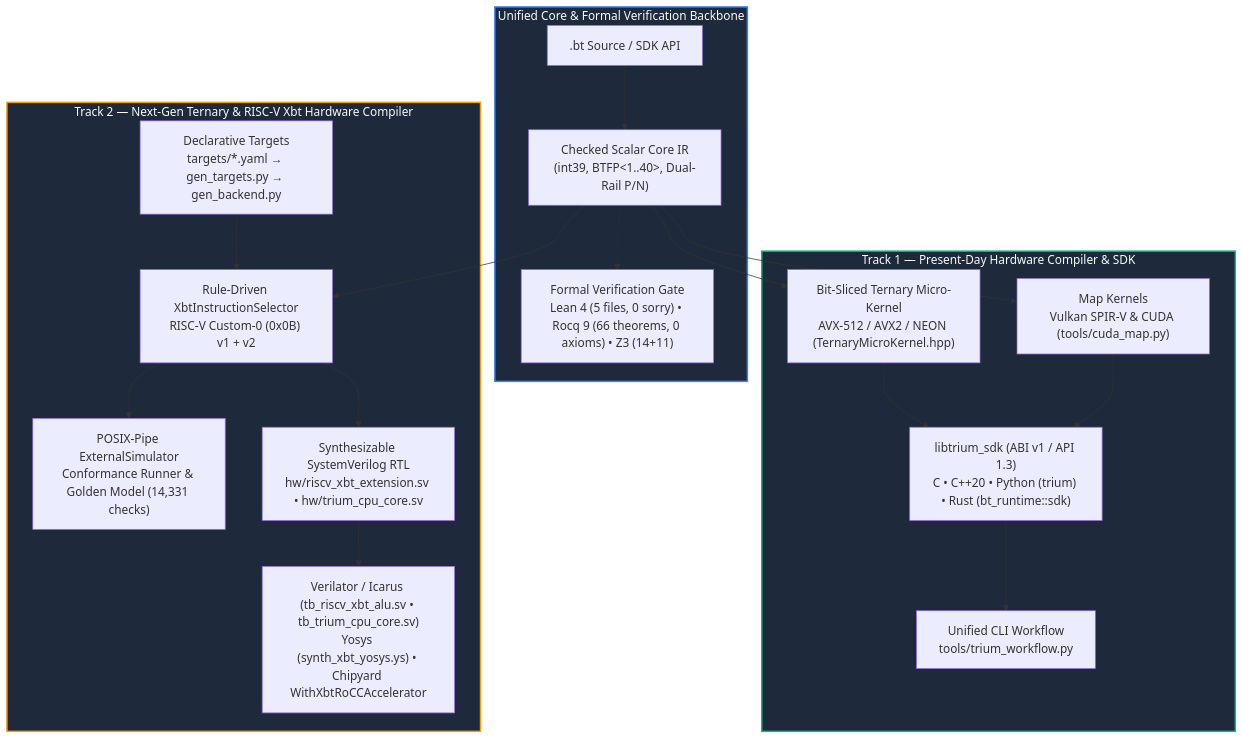
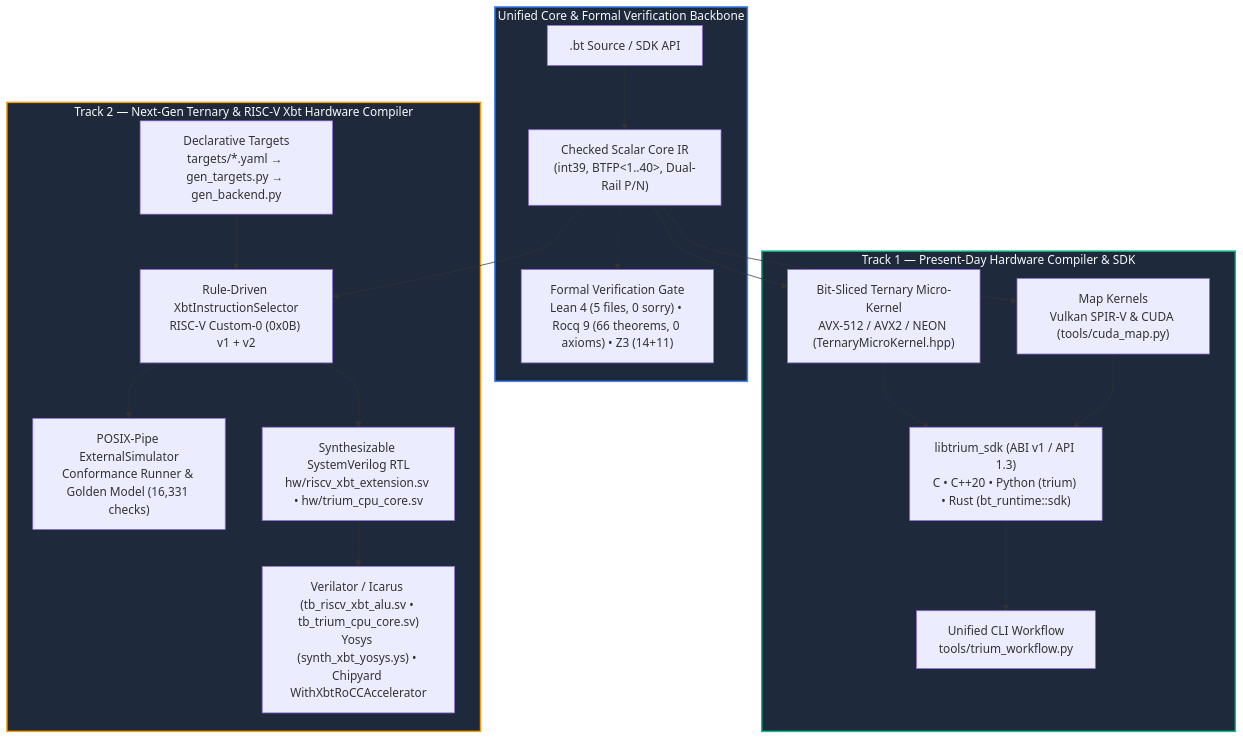
Before and after one commit to Ojas-Arya-OPEN-FOUNDATION/Trium-XBT-compiler: the diagram in README.md, drawn with Mermaid. The commit also changed other lines of this file and 2 other files, not shown here.

First line of the commit message:
fix(docs,hw): sync 16,331 golden checks in README and tighten FPGA LUT parser

````diff
--- a/README.md
+++ b/README.md
@@ -38,27 +38,27 @@
 ```mermaid
 flowchart TD
     subgraph Shared ["Unified Core & Formal Verification Backbone"]
         SRC[".bt Source / SDK API"] --> IR["Checked Scalar Core IR\n(int39, BTFP<1..40>, Dual-Rail P/N)"]
         IR -.-> PROOFS["Formal Verification Gate\nLean 4 (5 files, 0 sorry) • Rocq 9 (66 theorems, 0 axioms) • Z3 (14+11)"]
     end
 
     subgraph Track1 ["Track 1 — Present-Day Hardware Compiler & SDK"]
         IR --> GEMM["Bit-Sliced Ternary Micro-Kernel\nAVX-512 / AVX2 / NEON (TernaryMicroKernel.hpp)"]
         IR --> GPU["Map Kernels\nVulkan SPIR-V & CUDA (tools/cuda_map.py)"]
         GEMM --> SDK["libtrium_sdk (ABI v1 / API 1.3)\nC • C++20 • Python (trium) • Rust (bt_runtime::sdk)"]
         GPU --> SDK
         SDK --> WF["Unified CLI Workflow\ntools/trium_workflow.py"]
     end
 
     subgraph Track2 ["Track 2 — Next-Gen Ternary & RISC-V Xbt Hardware Compiler"]
         YAML["Declarative Targets\ntargets/*.yaml → gen_targets.py → gen_backend.py"] --> ISEL["Rule-Driven XbtInstructionSelector\nRISC-V Custom-0 (0x0B) v1 + v2"]
         IR --> ISEL
-        ISEL --> SIM["POSIX-Pipe ExternalSimulator\nConformance Runner & Golden Model (14,331 checks)"]
+        ISEL --> SIM["POSIX-Pipe ExternalSimulator\nConformance Runner & Golden Model (16,331 checks)"]
         ISEL --> RTL["Synthesizable SystemVerilog RTL\nhw/riscv_xbt_extension.sv • hw/trium_cpu_core.sv"]
         RTL --> EDA["Verilator / Icarus (tb_riscv_xbt_alu.sv • tb_trium_cpu_core.sv)\nYosys (synth_xbt_yosys.ys) • Chipyard WithXbtRoCCAccelerator"]
     end
 
     style Shared fill:#1e293b,stroke:#3b82f6,stroke-width:2px,color:#f8fafc
     style Track1 fill:#1e293b,stroke:#10b981,stroke-width:2px,color:#f8fafc
     style Track2 fill:#1e293b,stroke:#f59e0b,stroke-width:2px,color:#f8fafc
 ```
````
